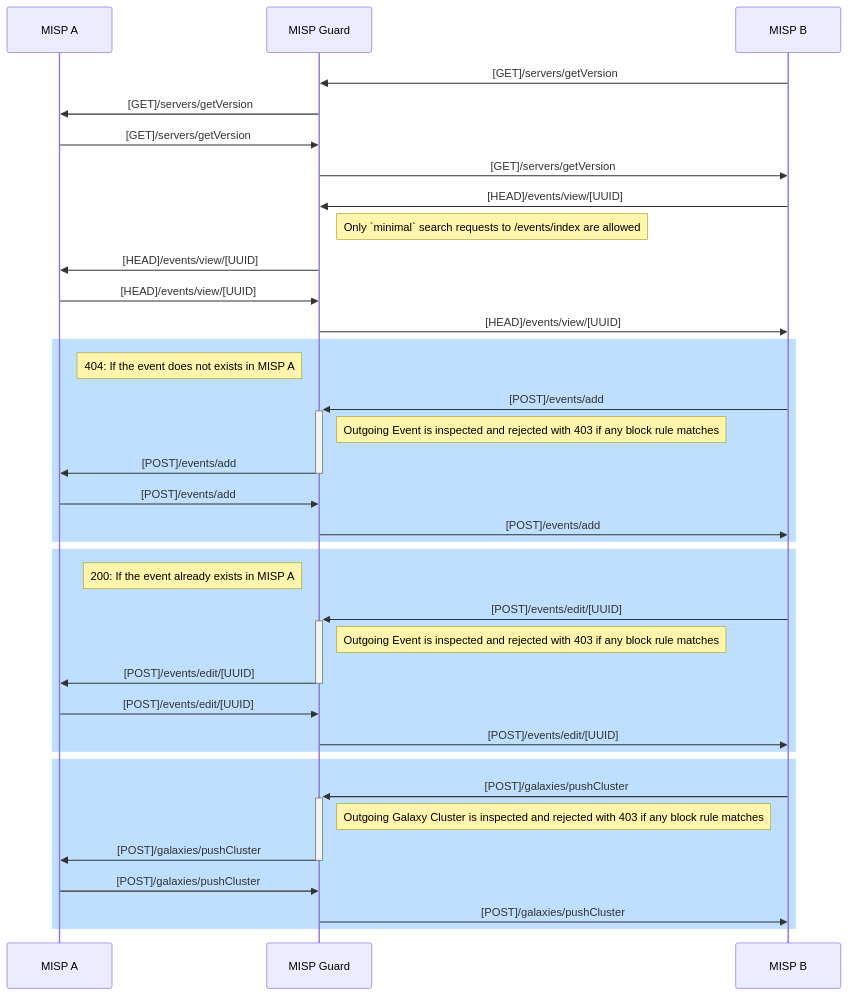
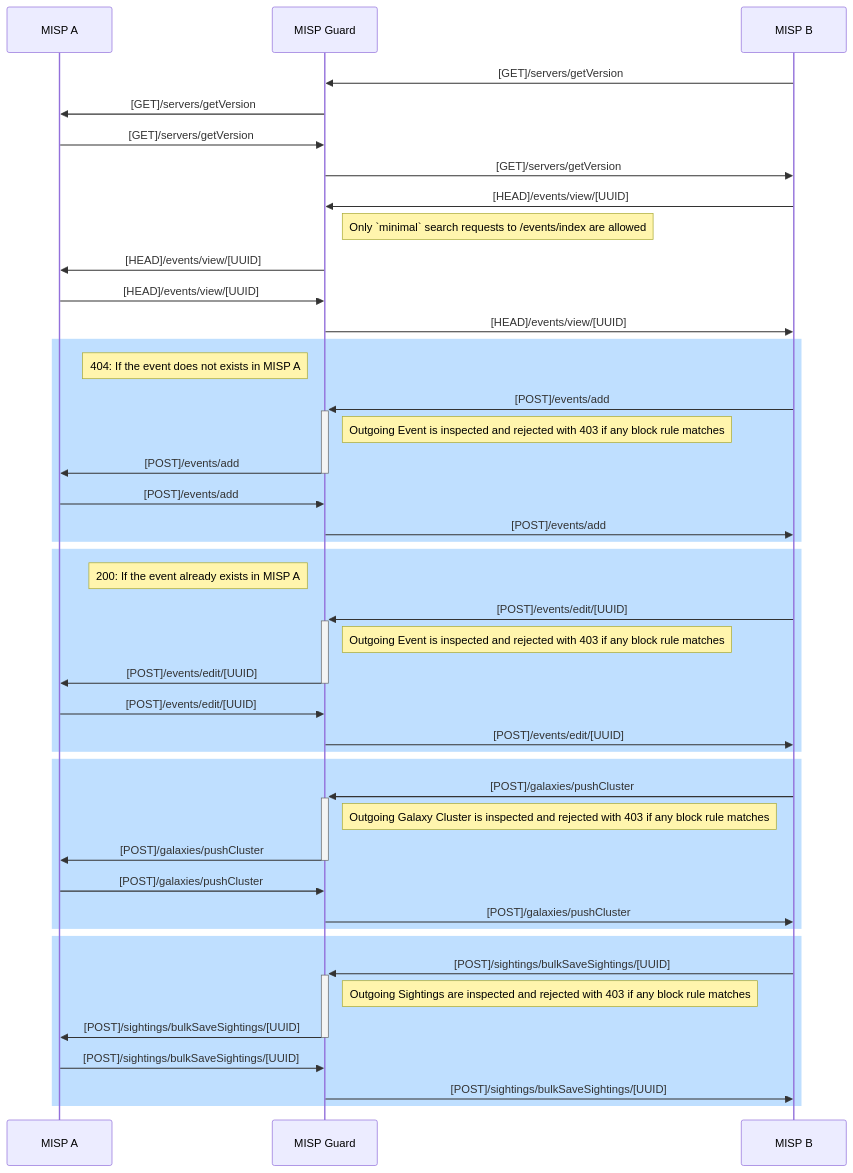
The first of 2 diagrams in README.md (MISP/misp-guard), drawn with Mermaid before and after one commit. The commit also changed other lines of this file and 4 other files, not shown here.

````diff
--- a/README.md
+++ b/README.md
@@ -7,43 +7,51 @@
 ```mermaid
 sequenceDiagram
     participant MISP A 
     participant MISP Guard
     participant MISP B
 
     MISP B->>MISP Guard: [GET]/servers/getVersion
     MISP Guard->>MISP A: [GET]/servers/getVersion
     MISP A->>MISP Guard: [GET]/servers/getVersion
     MISP Guard->>MISP B: [GET]/servers/getVersion
     
     MISP B->>MISP Guard: [HEAD]/events/view/[UUID]
     note right of MISP Guard: Only `minimal` search requests to /events/index are allowed
     MISP Guard->>MISP A: [HEAD]/events/view/[UUID]
     MISP A->>MISP Guard: [HEAD]/events/view/[UUID]
     MISP Guard->>MISP B: [HEAD]/events/view/[UUID]
     
     rect rgb(191, 223, 255)
     note left of MISP Guard: 404: If the event does not exists in MISP A
     MISP B->>+MISP Guard: [POST]/events/add
     note right of MISP Guard: Outgoing Event is inspected and rejected with 403 if any block rule matches
     MISP Guard->>-MISP A: [POST]/events/add
     MISP A->>MISP Guard: [POST]/events/add
     MISP Guard->>MISP B: [POST]/events/add
     end
 
     rect rgb(191, 223, 255)
     note left of MISP Guard: 200: If the event already exists in MISP A
     MISP B->>+MISP Guard: [POST]/events/edit/[UUID]
     note right of MISP Guard: Outgoing Event is inspected and rejected with 403 if any block rule matches
     MISP Guard->>-MISP A: [POST]/events/edit/[UUID]
     MISP A->>MISP Guard: [POST]/events/edit/[UUID]
     MISP Guard->>MISP B: [POST]/events/edit/[UUID]
     end
 
     rect rgb(191, 223, 255)
     MISP B->>+MISP Guard: [POST]/galaxies/pushCluster
     note right of MISP Guard: Outgoing Galaxy Cluster is inspected and rejected with 403 if any block rule matches
     MISP Guard->>-MISP A: [POST]/galaxies/pushCluster
     MISP A->>MISP Guard: [POST]/galaxies/pushCluster
     MISP Guard->>MISP B: [POST]/galaxies/pushCluster
     end
+
+    rect rgb(191, 223, 255)
+    MISP B->>+MISP Guard: [POST]/sightings/bulkSaveSightings/[UUID]
+    note right of MISP Guard: Outgoing Sightings are inspected and rejected with 403 if any block rule matches
+    MISP Guard->>-MISP A: [POST]/sightings/bulkSaveSightings/[UUID]
+    MISP A->>MISP Guard: [POST]/sightings/bulkSaveSightings/[UUID]
+    MISP Guard->>MISP B: [POST]/sightings/bulkSaveSightings/[UUID]
+    end
 ```
````
